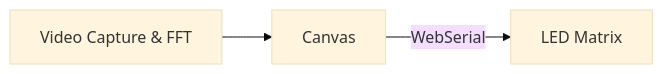
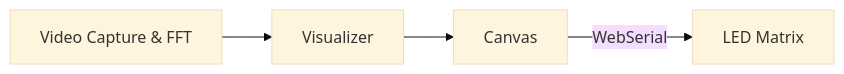
One commit to AndreasFreund/music_viz changed the diagram in js/README.md. Above: the diagram before and after it, drawn with Mermaid (base theme). The commit also changed other lines of this file and 2 other files, not shown here.

Commit message:
Add editor

````diff
--- a/js/README.md
+++ b/js/README.md
@@ -5,5 +5,6 @@
 ```mermaid
 graph LR
-    A[Video Capture & FFT] --> B[Canvas]
-    B -->|WebSerial| C[LED Matrix]
+    A[Video Capture & FFT] --> B[Visualizer]
+    B --> C[Canvas]
+    C -->|WebSerial| D[LED Matrix]
 ```
````
